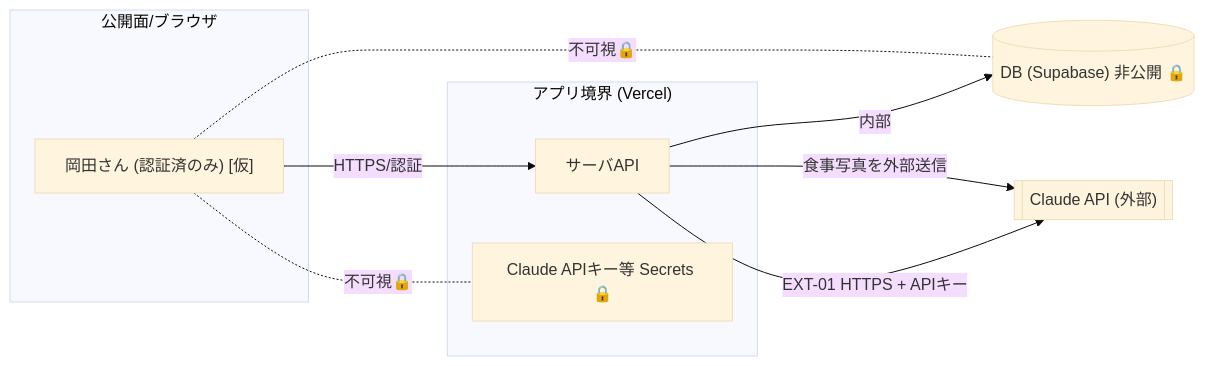
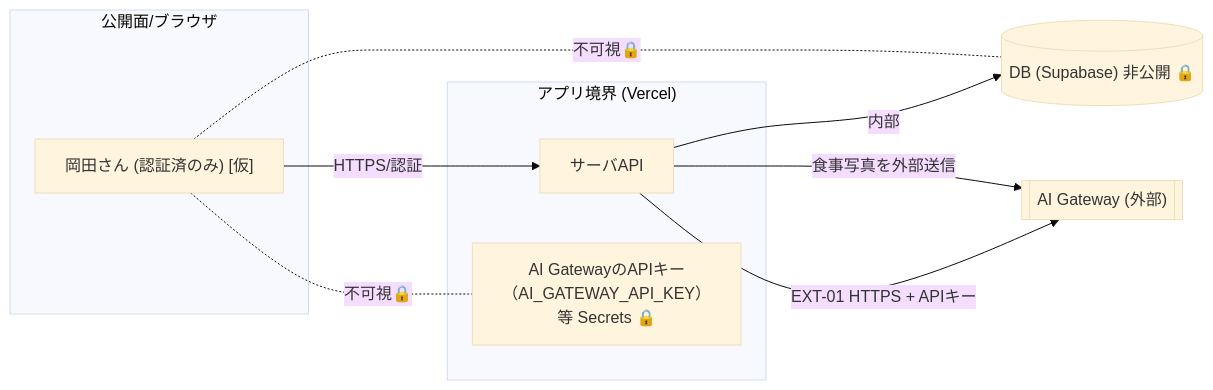
Before and after one commit to k-okada51/okada-fit: the diagram in docs/02_設計/10_システム基本設計/02_境界.md, drawn with Mermaid (base theme). The commit also changed other lines of this file and 10 other files, not shown here.

````diff
--- a/docs/02_設計/10_システム基本設計/02_境界.md
+++ b/docs/02_設計/10_システム基本設計/02_境界.md
@@ -19,19 +19,19 @@
 ```mermaid
 flowchart LR
   subgraph PUB[公開面/ブラウザ]
     U["岡田さん (認証済のみ) [仮]"]
   end
   subgraph APP["アプリ境界 (Vercel)"]
     API["サーバAPI"]
-    SEC["Claude APIキー等 Secrets 🔒"]
+    SEC["AI GatewayのAPIキー（AI_GATEWAY_API_KEY）等 Secrets 🔒"]
   end
   DB[("DB (Supabase) 非公開 🔒")]
-  CLAUDE[["Claude API (外部)"]]
+  AIGW[["AI Gateway (外部)"]]
 
   U -- HTTPS/認証 --> API
   API -- 内部 --> DB
-  API -- "EXT-01 HTTPS + APIキー" --> CLAUDE
+  API -- "EXT-01 HTTPS + APIキー" --> AIGW
   U -. 不可視🔒 .- SEC
   U -. 不可視🔒 .- DB
-  API -- 食事写真を外部送信 --> CLAUDE
+  API -- 食事写真を外部送信 --> AIGW
 ```
````
